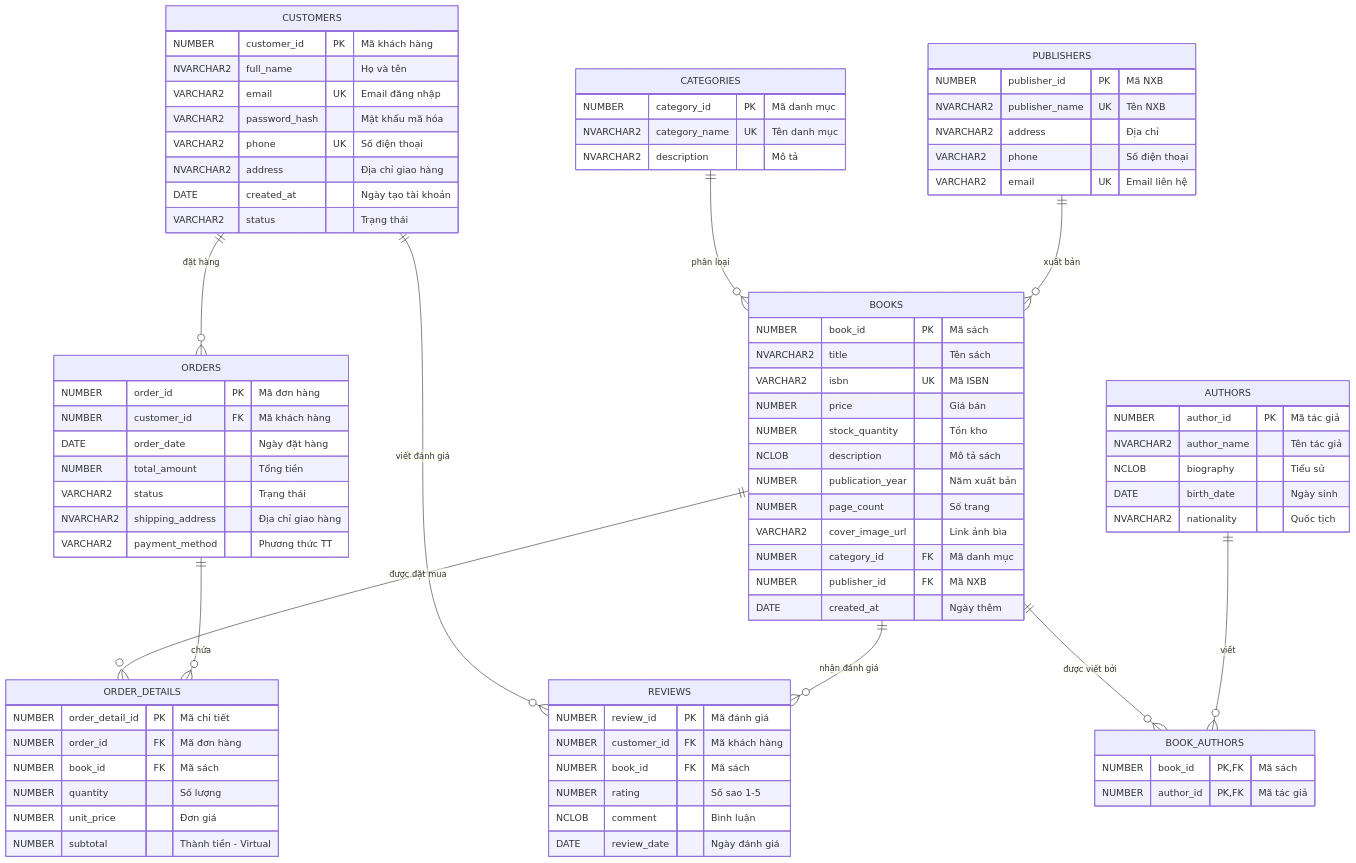
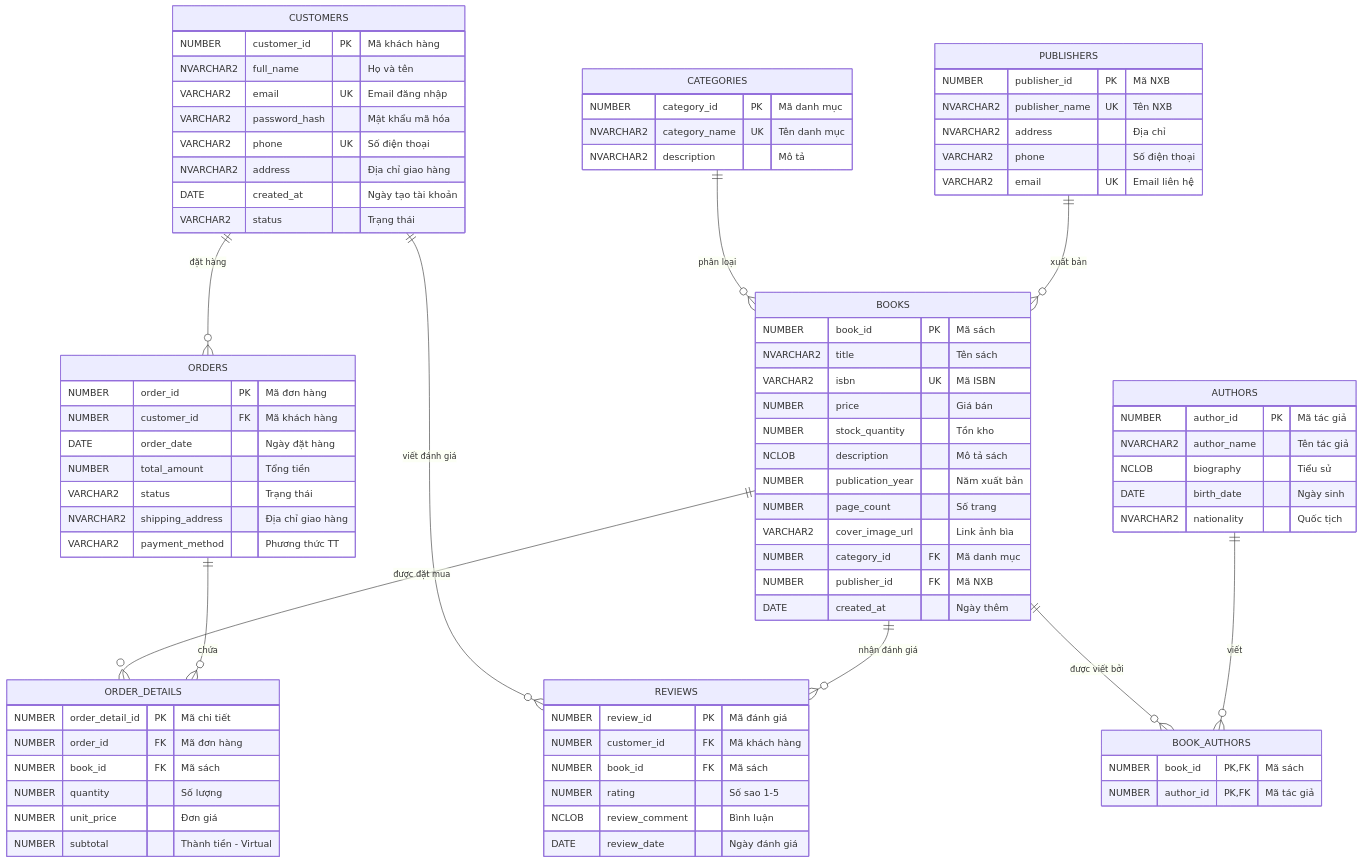
The diagram in 1_Database_Design.md (TienxDun/Oracle_DigiBook), drawn with Mermaid before and after one commit. The commit also changed other lines of this file and 5 other files, not shown here.

```diff
--- a/1_Database_Design.md
+++ b/1_Database_Design.md
@@ -323,7 +323,7 @@
         NUMBER customer_id FK "Mã khách hàng"
         NUMBER book_id FK "Mã sách"
         NUMBER rating "Số sao 1-5"
-        NCLOB comment "Bình luận"
+        NCLOB review_comment "Bình luận"
         DATE review_date "Ngày đánh giá"
     }
 
```
